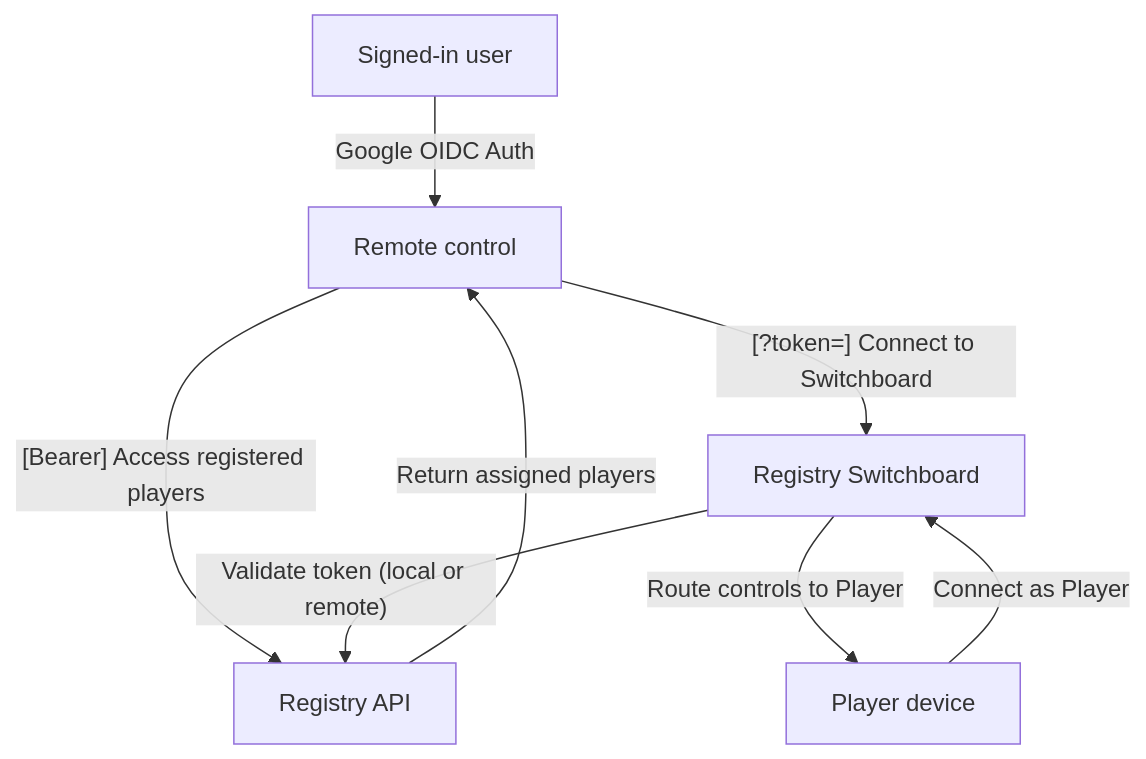
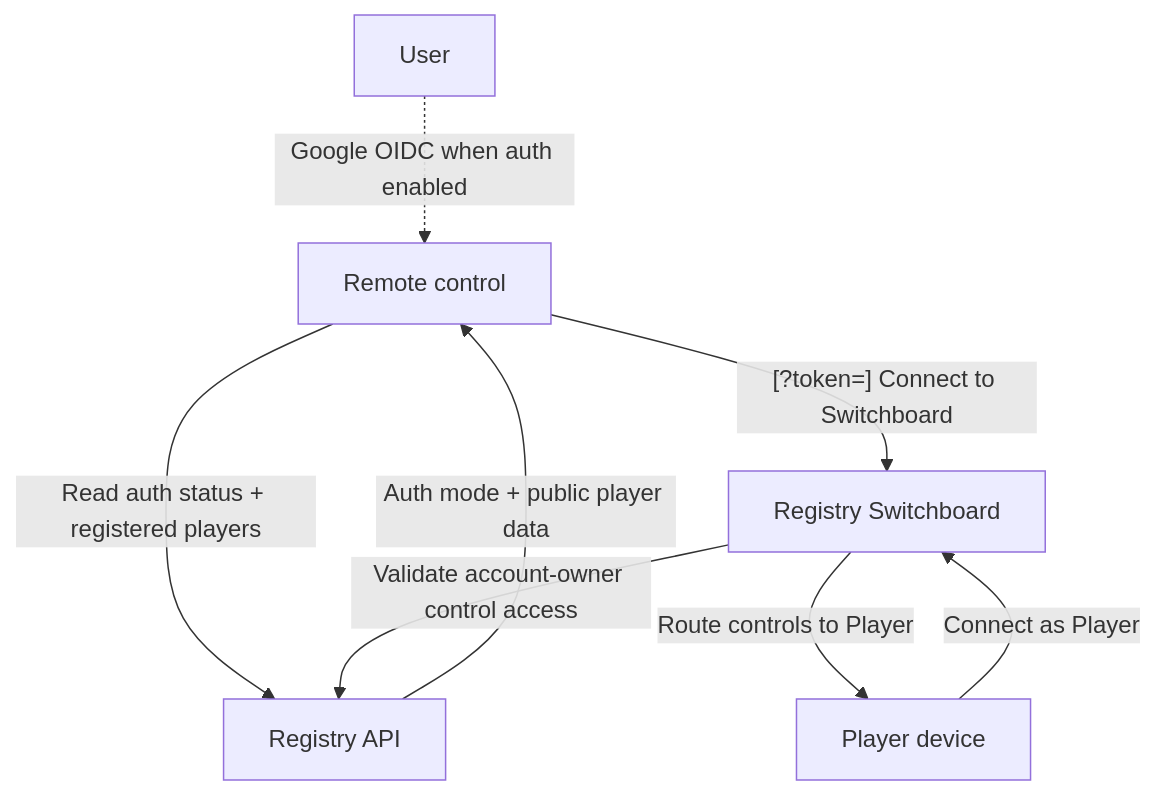
Before and after one commit to briceburg/radio-pad: the second of 2 diagrams in README.md, drawn with Mermaid. The commit also changed other lines of this file and 24 other files, not shown here.

First line of the commit message:
refactor(registry): model authorization as account ownership

````diff
--- a/README.md
+++ b/README.md
@@ -167,16 +167,16 @@
 ```mermaid
 flowchart TD
-    User["Signed-in user"]
+    User["User"]
     Remote["Remote control"]
     Registry["Registry API"]
     Switchboard["Registry Switchboard"]
     Player["Player device"]
 
-    User -- "Google OIDC Auth" --> Remote
-    Remote -- "[Bearer] Access registered players" --> Registry
-    Registry -- "Return assigned players" --> Remote
+    Remote -- "Read auth status + registered players" --> Registry
+    Registry -- "Auth mode + public player data" --> Remote
+    User -. "Google OIDC when auth enabled" .-> Remote
     Remote -- "[?token=] Connect to Switchboard" --> Switchboard
-    Switchboard -- "Validate token (local or remote)" --> Registry
+    Switchboard -- "Validate account-owner control access" --> Registry
     Player -- "Connect as Player" --> Switchboard
     Switchboard -- "Route controls to Player" --> Player
 ```
````
